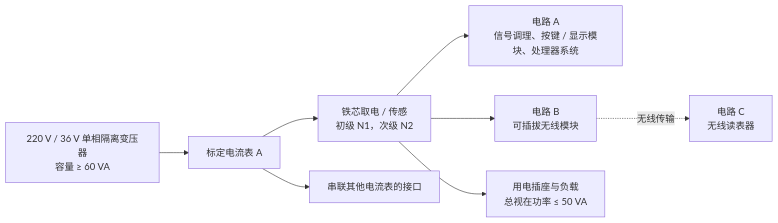
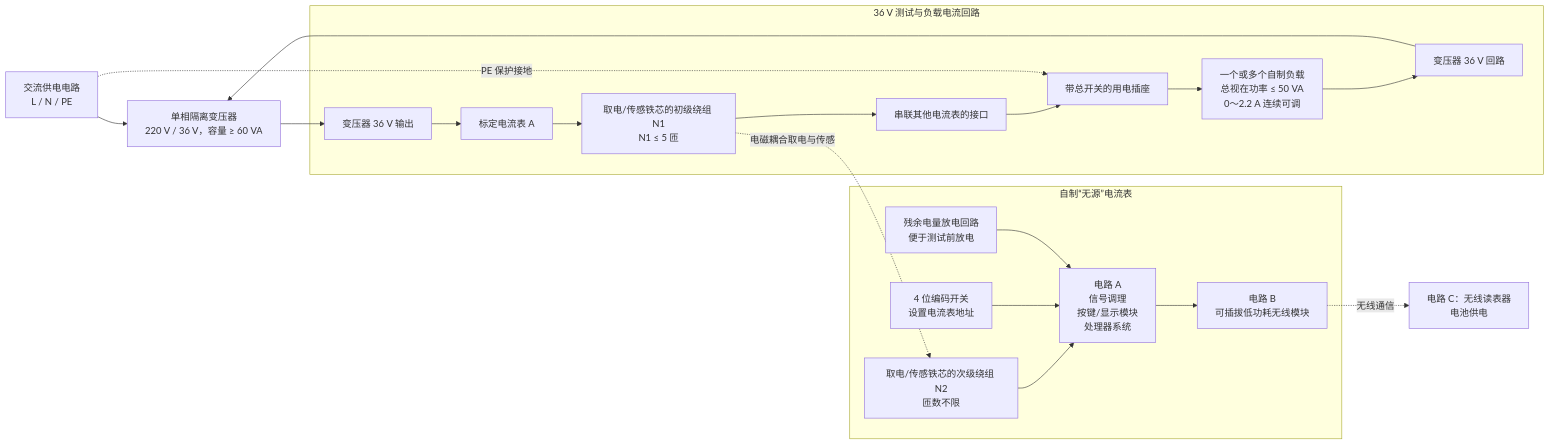
One commit to one-night-standby/passive-ac-ammeter-and-wireless-reader changed the diagram in docs/B题_无源交流电流表及无线读表器.md. Above: the diagram before and after it, drawn with Mermaid. The commit also changed other lines of this file, not shown here.

````diff
--- a/docs/B题_无源交流电流表及无线读表器.md
+++ b/docs/B题_无源交流电流表及无线读表器.md
@@ -31,10 +28,32 @@
 ```mermaid
 flowchart LR
-    AC["220 V / 36 V 单相隔离变压器<br/>容量 ≥ 60 VA"] --> REF["标定电流表 A"]
-    REF --> CT["铁芯取电 / 传感<br/>初级 N1，次级 N2"]
-    CT --> A["电路 A<br/>信号调理、按键 / 显示模块、处理器系统"]
-    CT --> B["电路 B<br/>可插拔无线模块"]
-    B -. "无线传输" .-> C["电路 C<br/>无线读表器"]
-    CT --> LOAD["用电插座与负载<br/>总视在功率 ≤ 50 VA"]
-    REF --> EXT["串联其他电流表的接口"]
+    GRID["交流供电电路<br/>L / N / PE"] --> ISO["单相隔离变压器<br/>220 V / 36 V，容量 ≥ 60 VA"]
+
+    subgraph LOOP["36 V 测试与负载电流回路"]
+        TOUT["变压器 36 V 输出"] --> REF["标定电流表 A"]
+        REF --> N1["取电/传感铁芯的初级绕组 N1<br/>N1 ≤ 5 匝"]
+        N1 --> EXT["串联其他电流表的接口"]
+        EXT --> SOCKET["带总开关的用电插座"]
+        SOCKET --> LOAD["一个或多个自制负载<br/>总视在功率 ≤ 50 VA<br/>0～2.2 A 连续可调"]
+        LOAD --> TRET["变压器 36 V 回路"]
+    end
+
+    ISO --> TOUT
+    TRET --> ISO
+
+    subgraph METER["自制“无源”电流表"]
+        N2["取电/传感铁芯的次级绕组 N2<br/>匝数不限"]
+        A["电路 A<br/>信号调理<br/>按键/显示模块<br/>处理器系统"]
+        B["电路 B<br/>可插拔低功耗无线模块"]
+        SW["4 位编码开关<br/>设置电流表地址"]
+        DIS["残余电量放电回路<br/>便于测试前放电"]
+        N2 --> A
+        A --> B
+        SW --> A
+        DIS --> A
+    end
+
+    N1 -. "电磁耦合取电与传感" .-> N2
+    B -. "无线通信" .-> C["电路 C：无线读表器<br/>电池供电"]
+    GRID -. "PE 保护接地" .-> SOCKET
 ```
````
